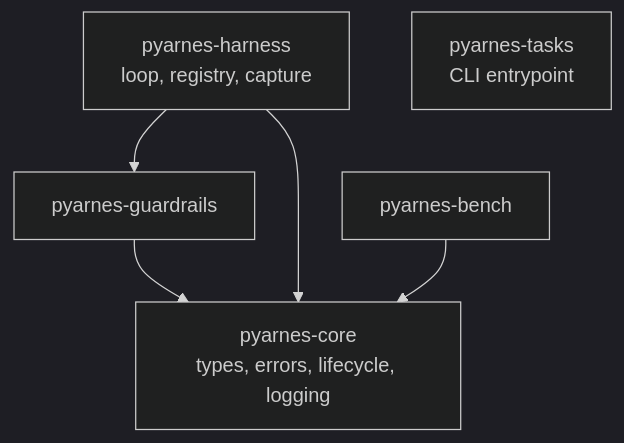
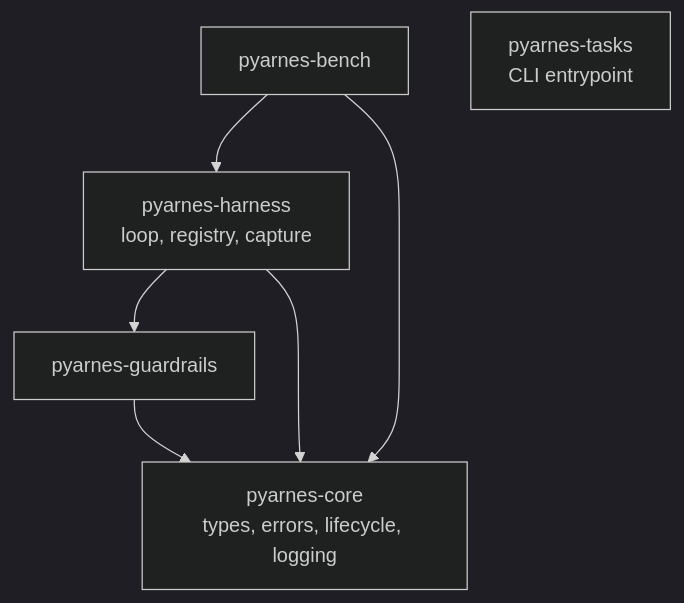
The diagram in docs/maintainer/extend/architecture.md (Cognitivemesh/pyarnes), drawn with Mermaid (dark theme) before and after one commit. The commit also changed 27 other files, not shown here.

````diff
--- a/docs/maintainer/extend/architecture.md
+++ b/docs/maintainer/extend/architecture.md
@@ -29,13 +29,14 @@
 ```mermaid
 graph TB
     Core[pyarnes-core<br/>types, errors, lifecycle, logging]
     Guardrails[pyarnes-guardrails]
     Harness[pyarnes-harness<br/>loop, registry, capture]
     Bench[pyarnes-bench]
     Tasks[pyarnes-tasks<br/>CLI entrypoint]
 
     Guardrails --> Core
     Harness --> Core
     Harness --> Guardrails
     Bench --> Core
+    Bench --> Harness
 ```
````
